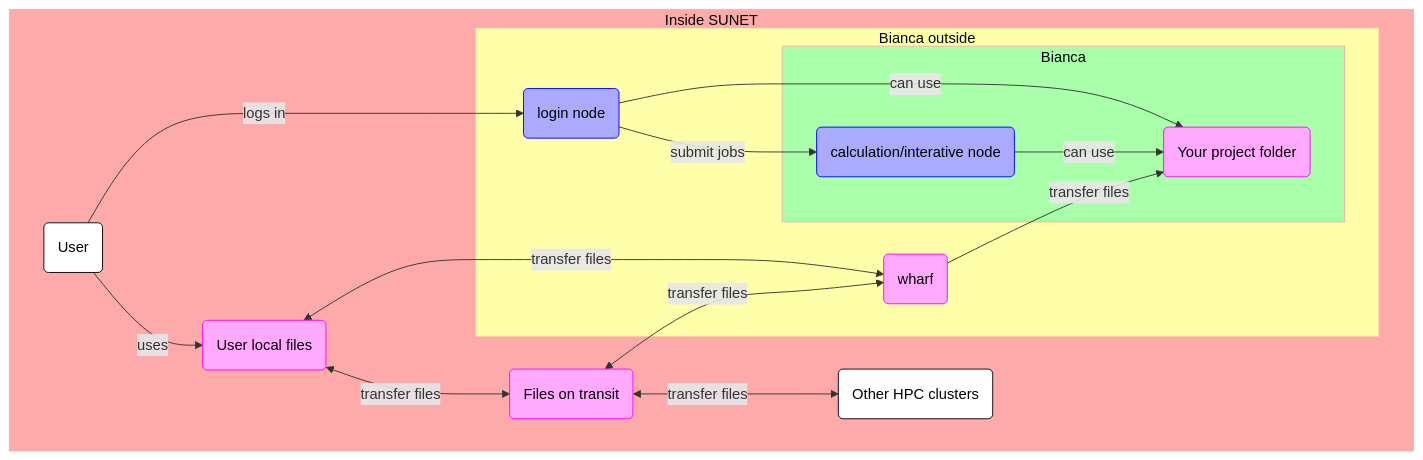
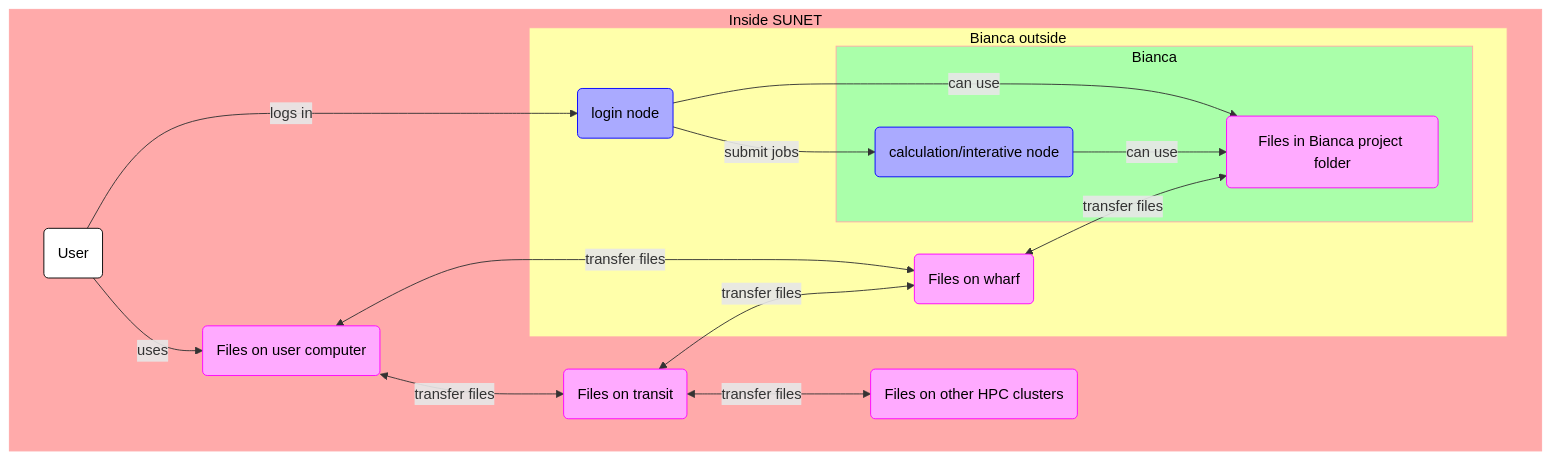
One commit to UPPMAX/bianca_workshop changed the second of 2 diagrams in docs/file_transfer_using_gui.md. Above: the diagram before and after it, drawn with Mermaid. The commit also changed other lines of this file, not shown here.

Commit message:
Improved graph

````diff
--- a/docs/file_transfer_using_gui.md
+++ b/docs/file_transfer_using_gui.md
@@ -271,39 +271,39 @@
 ```mermaid
 flowchart TD
 
     %% Give a white background to all nodes, instead of a transparent one
     classDef node fill:#fff,color:#000,stroke:#000
 
     %% Graph nodes for files and calculations
     classDef file_node fill:#faf,color:#000,stroke:#f0f
     classDef calculation_node fill:#aaf,color:#000,stroke:#00f
 
     subgraph sunet[Inside SUNET]
       subgraph bianca_outside[Bianca outside]
         login_node(login node):::calculation_node
-        wharf(wharf):::file_node
+        files_on_wharf(Files on wharf):::file_node
         subgraph bianca_inside[Bianca]
           calculation_node(calculation/interative node):::calculation_node
-          your_project_folder(Your project folder):::file_node
+          files_in_bianca_project(Files in Bianca project folder):::file_node
         end
       end
       user(User)
-      user_local_files(User local files):::file_node
+      user_local_files(Files on user computer):::file_node
       files_on_transit(Files on transit):::file_node
-      other_clusters(Other HPC clusters)
+      files_on_other_clusters(Files on other HPC clusters):::file_node
     end
     style bianca_inside fill:#afa,color:#000,stroke:#faa
     style bianca_outside fill:#ffa,color:#000,stroke:#faa
     style sunet fill:#faa,color:#000,stroke:#faa
 
     user --> |logs in |login_node
     user --> |uses| user_local_files
-    user_local_files <--> |transfer files|wharf
+    user_local_files <--> |transfer files|files_on_wharf
     user_local_files <--> |transfer files|files_on_transit
-    files_on_transit <--> |transfer files|wharf
-    files_on_transit <--> |transfer files|other_clusters
+    files_on_transit <--> |transfer files|files_on_wharf
+    files_on_transit <--> |transfer files|files_on_other_clusters
     login_node --> |submit jobs|calculation_node
-    login_node --> |can use|your_project_folder
-    calculation_node --> |can use|your_project_folder
-    wharf --> |transfer files| your_project_folder
+    login_node --> |can use|files_in_bianca_project
+    calculation_node --> |can use|files_in_bianca_project
+    files_on_wharf <--> |transfer files| files_in_bianca_project
 ```
````
